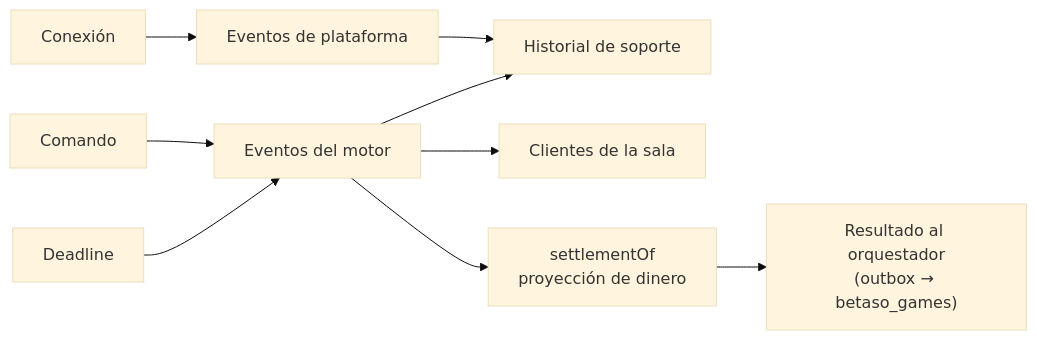
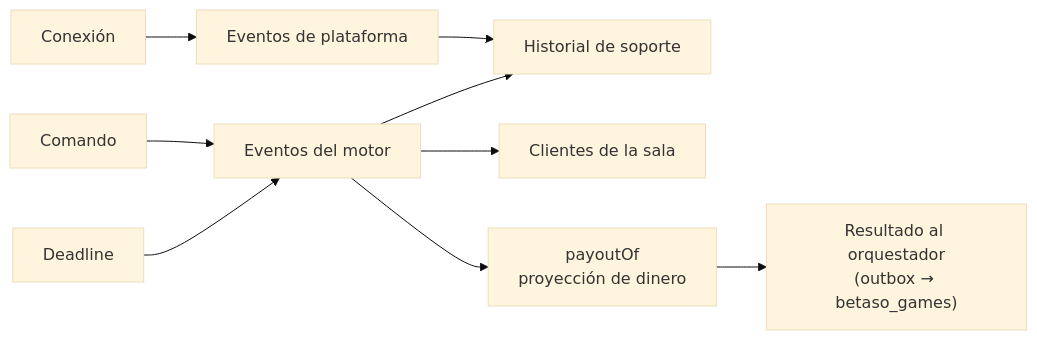
Before and after one commit to Betaso-Team/domino-backend-v2: the diagram in docs/api-y-mensajes.md, drawn with Mermaid (base theme). The commit also changed other lines of this file and 3 other files, not shown here.

````diff
--- a/docs/api-y-mensajes.md
+++ b/docs/api-y-mensajes.md
@@ -384,11 +399,11 @@
 ```mermaid
 flowchart LR
   Command["Comando"] --> Domain["Eventos del motor"]
   Timer["Deadline"] --> Domain
   Socket["Conexión"] --> Platform["Eventos de plataforma"]
   Domain --> History["Historial de soporte"]
   Platform --> History
   Domain --> Clients["Clientes de la sala"]
-  Domain --> Settlement["settlementOf\nproyección de dinero"]
-  Settlement --> Result["Resultado al orquestador\n(outbox → betaso_games)"]
+  Domain --> Payouts["payoutOf\nproyección de dinero"]
+  Payouts --> Result["Resultado al orquestador\n(outbox → betaso_games)"]
 ```
````
